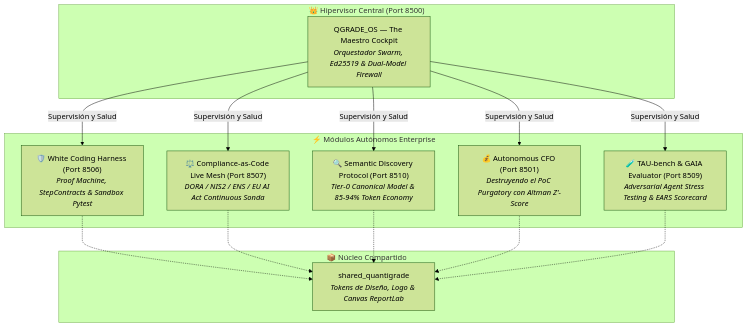
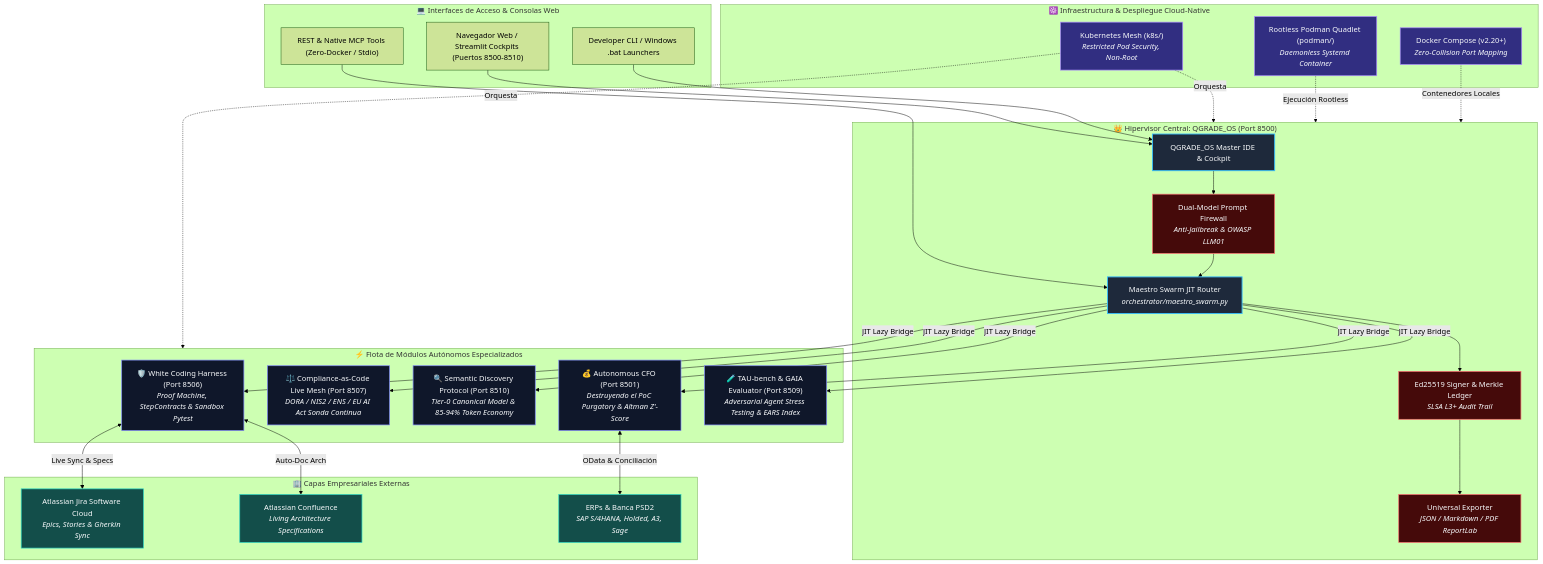
The first of 2 diagrams in README.md (Tardigrado-76/Capgemini), drawn with Mermaid (forest theme) before and after one commit. The commit also changed other lines of this file and 10 other files, not shown here.

First line of the commit message:
docs(quantigrade): Wave 2-5 — unified skills registry, agents & MCP integration docs

````diff
--- a/README.md
+++ b/README.md
@@ -27,30 +27,72 @@
 ```mermaid
 graph TD
-    subgraph Maestro ["👑 Hipervisor Central (Port 8500)"]
-        QG["QGRADE_OS — The Maestro Cockpit<br/><i>Orquestador Swarm, Ed25519 & Dual-Model Firewall</i>"]
+    classDef cockpit fill:#1E293B,stroke:#38BDF8,stroke-width:2px,color:#F8FAFC;
+    classDef satellite fill:#0F172A,stroke:#818CF8,stroke-width:1.5px,color:#F8FAFC;
+    classDef enterprise fill:#134E4A,stroke:#2DD4BF,stroke-width:1.5px,color:#F8FAFC;
+    classDef infra fill:#312E81,stroke:#A78BFA,stroke-width:1.5px,color:#F8FAFC;
+    classDef security fill:#450A0A,stroke:#F87171,stroke-width:1.5px,color:#F8FAFC;
+
+    subgraph ClientLayer ["💻 Interfaces de Acceso & Consolas Web"]
+        WEB["Navegador Web / Streamlit Cockpits (Puertos 8500-8510)"]
+        CLI["Developer CLI / Windows .bat Launchers"]
+        API["REST & Native MCP Tools (Zero-Docker / Stdio)"]
     end
 
-    subgraph Projects ["⚡ Módulos Autónomos Enterprise"]
-        WCH["🛡️ White Coding Harness (Port 8506)<br/><i>Proof Machine, StepContracts & Sandbox Pytest</i>"]
-        CMP["⚖️ Compliance-as-Code Live Mesh (Port 8507)<br/><i>DORA / NIS2 / ENS / EU AI Act Continuous Sonda</i>"]
-        SDP["🔍 Semantic Discovery Protocol (Port 8510)<br/><i>Tier-0 Canonical Model & 85-94% Token Economy</i>"]
-        CFO["💰 Autonomous CFO (Port 8501)<br/><i>Destruyendo el PoC Purgatory con Altman Z'-Score</i>"]
-        TAU["🧪 TAU-bench & GAIA Evaluator (Port 8509)<br/><i>Adversarial Agent Stress Testing & EARS Scorecard</i>"]
+    subgraph Maestro ["👑 Hipervisor Central: QGRADE_OS (Port 8500)"]
+        QG["QGRADE_OS Master IDE & Cockpit"]
+        SWARM["Maestro Swarm JIT Router<br/><i>orchestrator/maestro_swarm.py</i>"]
+        FW["Dual-Model Prompt Firewall<br/><i>Anti-Jailbreak & OWASP LLM01</i>"]
+        ED["Ed25519 Signer & Merkle Ledger<br/><i>SLSA L3+ Audit Trail</i>"]
+        EXP["Universal Exporter<br/><i>JSON / Markdown / PDF ReportLab</i>"]
     end
 
-    subgraph CoreLib ["📦 Núcleo Compartido"]
-        LIB["shared_quantigrade<br/><i>Tokens de Diseño, Logo & Canvas ReportLab</i>"]
+    subgraph Satellites ["⚡ Flota de Módulos Autónomos Especializados"]
+        WCH["🛡️ White Coding Harness (Port 8506)<br/><i>Proof Machine, StepContracts & Sandbox Pytest</i>"]
+        CMP["⚖️ Compliance-as-Code Live Mesh (Port 8507)<br/><i>DORA / NIS2 / ENS / EU AI Act Sonda Continua</i>"]
+        SDP["🔍 Semantic Discovery Protocol (Port 8510)<br/><i>Tier-0 Canonical Model & 85-94% Token Economy</i>"]
+        CFO["💰 Autonomous CFO (Port 8501)<br/><i>Destruyendo el PoC Purgatory & Altman Z'-Score</i>"]
+        TAU["🧪 TAU-bench & GAIA Evaluator (Port 8509)<br/><i>Adversarial Agent Stress Testing & EARS Index</i>"]
     end
 
-    QG -->|Supervisión y Salud| WCH
-    QG -->|Supervisión y Salud| CMP
-    QG -->|Supervisión y Salud| SDP
-    QG -->|Supervisión y Salud| CFO
-    QG -->|Supervisión y Salud| TAU
+    subgraph EnterpriseBridge ["🏢 Capas Empresariales Externas"]
+        JIRA["Atlassian Jira Software Cloud<br/><i>Epics, Stories & Gherkin Sync</i>"]
+        CONF["Atlassian Confluence<br/><i>Living Architecture Specifications</i>"]
+        ERPS["ERPs & Banca PSD2<br/><i>SAP S/4HANA, Holded, A3, Sage</i>"]
+    end
 
-    WCH -.-> LIB
-    CMP -.-> LIB
-    SDP -.-> LIB
-    CFO -.-> LIB
-    TAU -.-> LIB
+    subgraph InfraMesh ["☸️ Infraestructura & Despliegue Cloud-Native"]
+        K8S["Kubernetes Mesh (k8s/)<br/><i>Restricted Pod Security, Non-Root</i>"]
+        PODMAN["Rootless Podman Quadlet (podman/)<br/><i>Daemonless Systemd Container</i>"]
+        DOCKER["Docker Compose (v2.20+)<br/><i>Zero-Collision Port Mapping</i>"]
+    end
+
+    WEB --> QG
+    CLI --> QG
+    API --> SWARM
+
+    QG --> FW
+    FW --> SWARM
+    SWARM --> ED
+    ED --> EXP
+
+    SWARM -->|JIT Lazy Bridge| WCH
+    SWARM -->|JIT Lazy Bridge| CMP
+    SWARM -->|JIT Lazy Bridge| SDP
+    SWARM -->|JIT Lazy Bridge| CFO
+    SWARM -->|JIT Lazy Bridge| TAU
+
+    WCH <-->|Live Sync & Specs| JIRA
+    WCH <-->|Auto-Doc Arch| CONF
+    CFO <-->|OData & Conciliación| ERPS
+
+    K8S -.->|Orquesta| Maestro
+    K8S -.->|Orquesta| Satellites
+    PODMAN -.->|Ejecución Rootless| Maestro
+    DOCKER -.->|Contenedores Locales| Maestro
+
+    class QG,SWARM cockpit;
+    class WCH,CMP,SDP,CFO,TAU satellite;
+    class JIRA,CONF,ERPS enterprise;
+    class K8S,PODMAN,DOCKER infra;
+    class FW,ED,EXP security;
 ```
````
